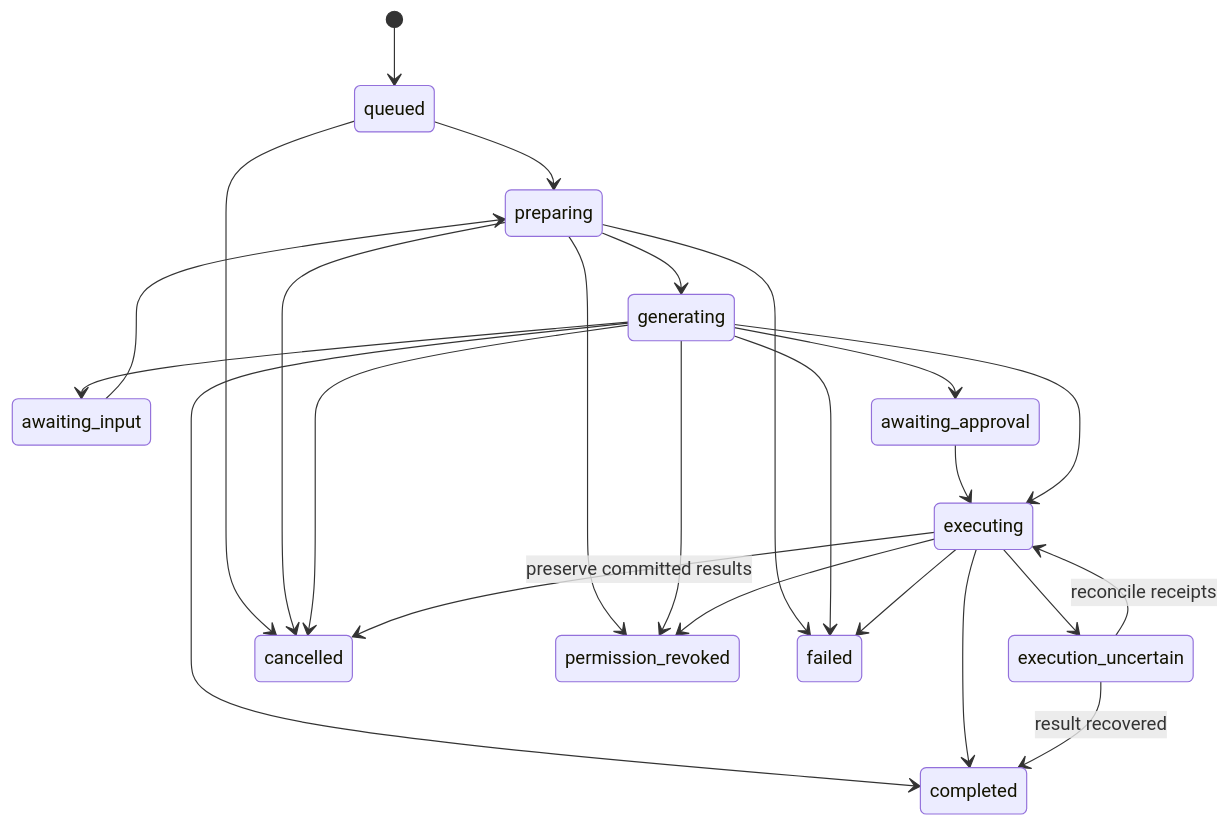
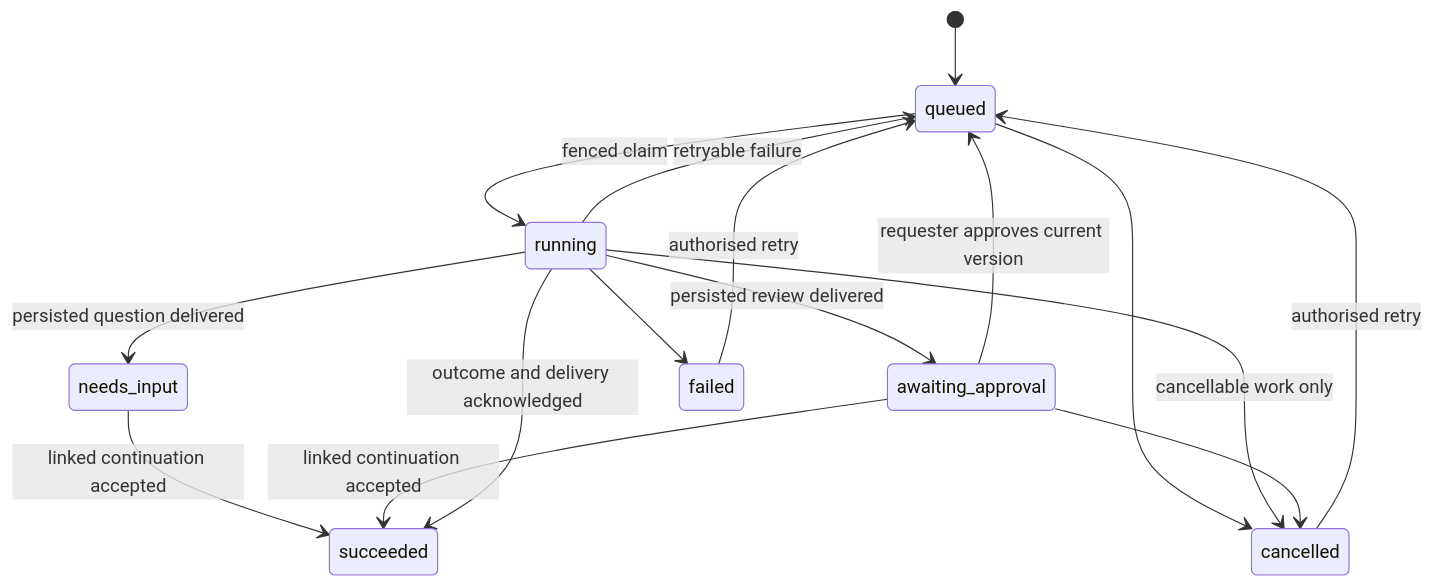
The diagram in docs/plans/native-chat/03-maya-orchestration.md (complexus-tech/fortyone), drawn with Mermaid before and after one commit. The commit also changed other lines of this file and 12 other files, not shown here.

````diff
--- a/docs/plans/native-chat/03-maya-orchestration.md
+++ b/docs/plans/native-chat/03-maya-orchestration.md
@@ -83,26 +96,18 @@
 ```mermaid
 stateDiagram-v2
   [*] --> queued
-  queued --> preparing
-  preparing --> generating
-  generating --> awaiting_input
-  awaiting_input --> preparing
-  generating --> awaiting_approval
-  awaiting_approval --> executing
-  generating --> executing
-  generating --> completed
-  executing --> completed
-  executing --> execution_uncertain
-  execution_uncertain --> executing: reconcile receipts
-  execution_uncertain --> completed: result recovered
+  queued --> running: fenced claim
+  running --> queued: retryable failure
+  running --> needs_input: persisted question delivered
+  running --> awaiting_approval: persisted review delivered
+  awaiting_approval --> queued: requester approves current version
+  needs_input --> succeeded: linked continuation accepted
+  awaiting_approval --> succeeded: linked continuation accepted
+  running --> succeeded: outcome and delivery acknowledged
+  running --> failed
   queued --> cancelled
-  preparing --> cancelled
-  generating --> cancelled
-  executing --> cancelled: preserve committed results
-  preparing --> permission_revoked
-  generating --> permission_revoked
-  executing --> permission_revoked
-  preparing --> failed
-  generating --> failed
-  executing --> failed
+  running --> cancelled: cancellable work only
+  awaiting_approval --> cancelled
+  failed --> queued: authorised retry
+  cancelled --> queued: authorised retry
 ```
````
